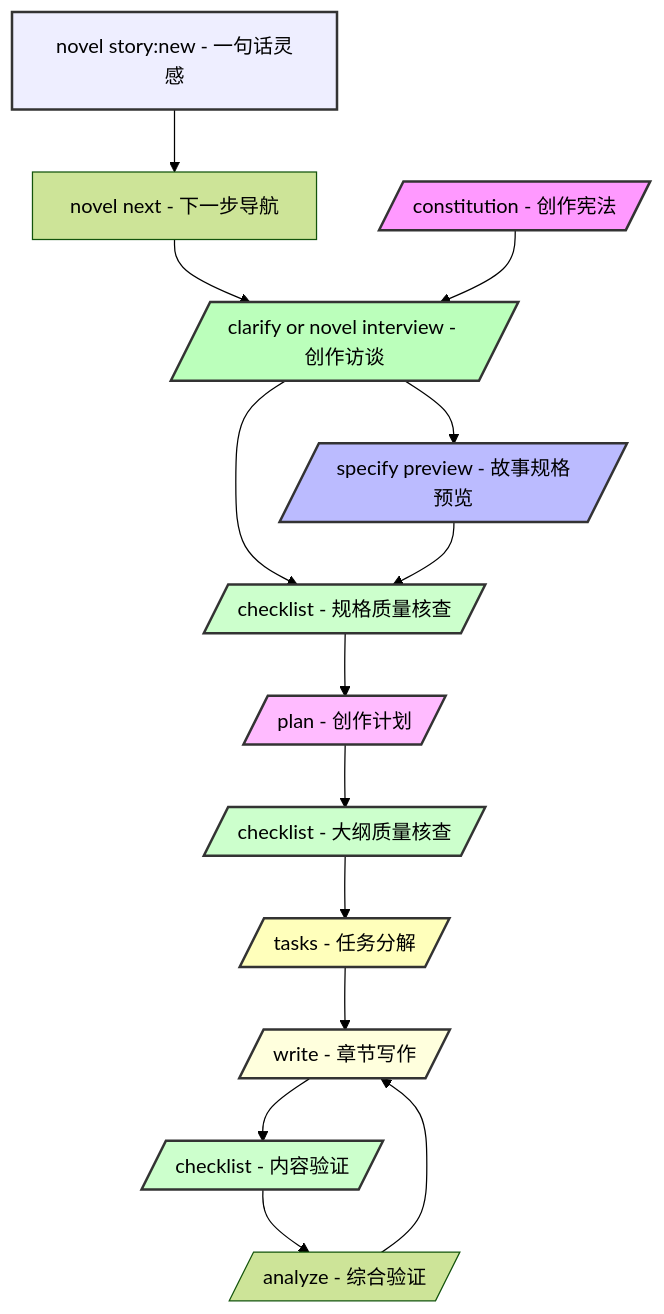
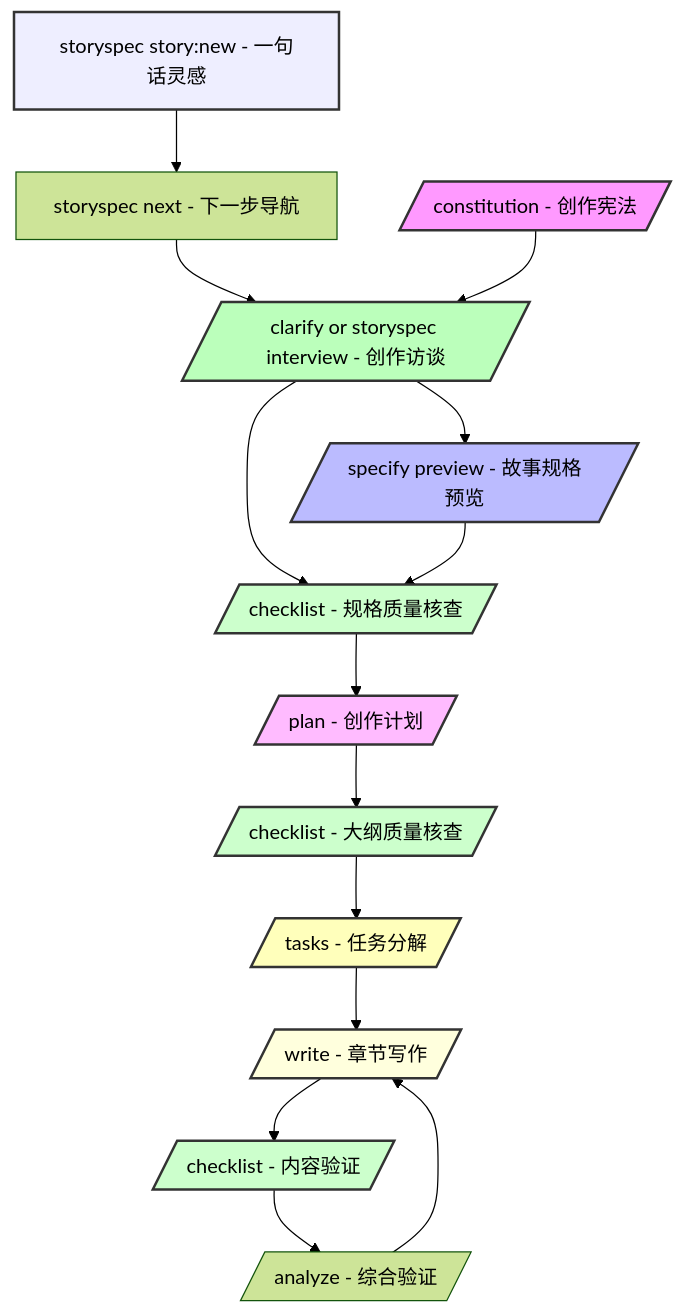
Before and after one commit to WENZIZZHENG/story-spec: the first of 2 diagrams in docs/workflow.md, drawn with Mermaid (forest theme). The commit also changed other lines of this file and 152 other files, not shown here.

````diff
--- a/docs/workflow.md
+++ b/docs/workflow.md
@@ -18,27 +18,27 @@
 ```mermaid
 graph TD
-    Z[novel story:new - 一句话灵感] --> N[novel next - 下一步导航]
-    N --> C[/clarify or novel interview - 创作访谈/]
+    Z[storyspec story:new - 一句话灵感] --> N[storyspec next - 下一步导航]
+    N --> C[/clarify or storyspec interview - 创作访谈/]
     A[/constitution - 创作宪法/] --> C
     C --> B[/specify preview - 故事规格预览/]
     C --> H[/checklist - 规格质量核查/]
     B --> H
     H --> D[/plan - 创作计划/]
     D --> I[/checklist - 大纲质量核查/]
     I --> E[/tasks - 任务分解/]
     E --> F[/write - 章节写作/]
     F --> J[/checklist - 内容验证/]
     J --> G[/analyze - 综合验证/]
     G --> F
 
     style Z fill:#eef,stroke:#333,stroke-width:2px
     style A fill:#f9f,stroke:#333,stroke-width:2px
     style B fill:#bbf,stroke:#333,stroke-width:2px
     style C fill:#bfb,stroke:#333,stroke-width:2px
     style H fill:#cfc,stroke:#333,stroke-width:2px
     style D fill:#fbf,stroke:#333,stroke-width:2px
     style I fill:#cfc,stroke:#333,stroke-width:2px
     style E fill:#ffb,stroke:#333,stroke-width:2px
     style F fill:#ffd,stroke:#333,stroke-width:2px
     style J fill:#cfc,stroke:#333,stroke-width:2px
 ```
````
